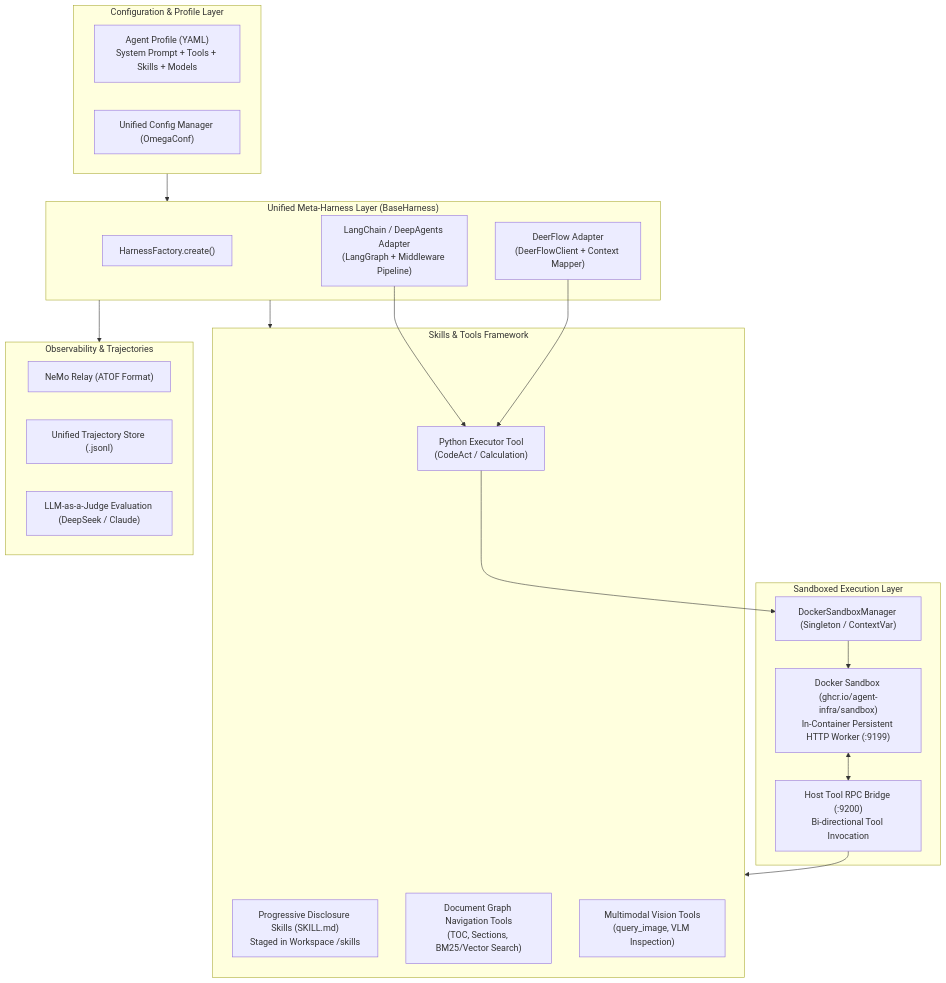
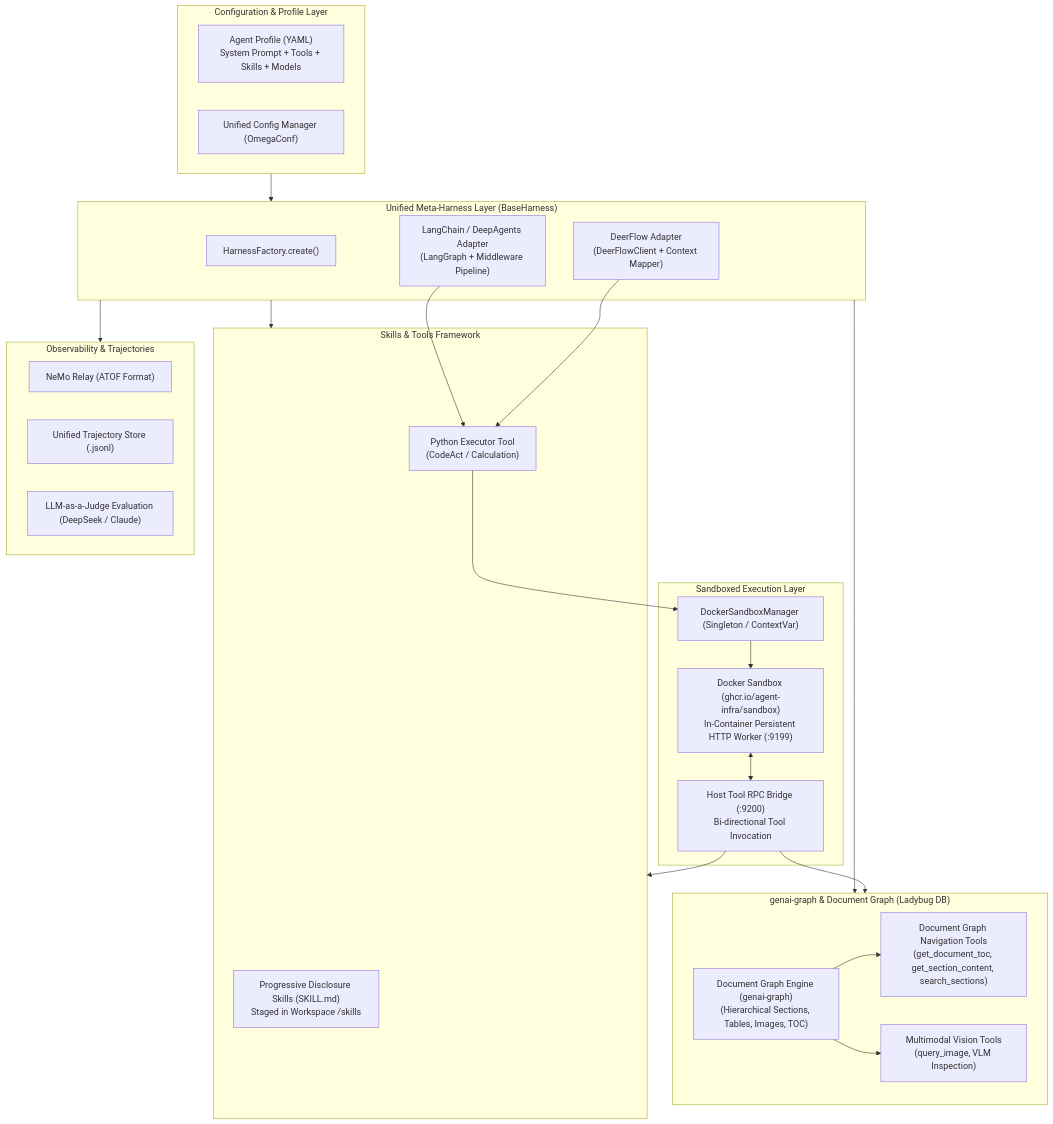
One commit to tclatos/genai-tk changed the first of 4 diagrams in docs/design/deerflow_architecture_and_benchmarks.md. Above: the diagram before and after it, drawn with Mermaid. The commit also changed other lines of this file, not shown here.

Commit message:
docs: enrich report with genai-graph Document Graph vs RAG analysis

````diff
--- a/docs/design/deerflow_architecture_and_benchmarks.md
+++ b/docs/design/deerflow_architecture_and_benchmarks.md
@@ -22,42 +22,50 @@
 ```mermaid
 flowchart TD
     subgraph ConfigLayer["Configuration & Profile Layer"]
         YAML["Agent Profile (YAML)<br/>System Prompt + Tools + Skills + Models"]
         ConfigMngr["Unified Config Manager (OmegaConf)"]
     end
 
     subgraph MetaHarness["Unified Meta-Harness Layer (BaseHarness)"]
         HarnessFactory["HarnessFactory.create()"]
         LangChainAdapter["LangChain / DeepAgents Adapter<br/>(LangGraph + Middleware Pipeline)"]
         DeerFlowAdapter["DeerFlow Adapter<br/>(DeerFlowClient + Context Mapper)"]
     end
 
+    subgraph GenAIGraphLayer["genai-graph & Document Graph (Ladybug DB)"]
+        DocGraph["Document Graph Engine (genai-graph)<br/>(Hierarchical Sections, Tables, Images, TOC)"]
+        DocGraphTools["Document Graph Navigation Tools<br/>(get_document_toc, get_section_content, search_sections)"]
+        VisionTools["Multimodal Vision Tools<br/>(query_image, VLM Inspection)"]
+    end
+
     subgraph SkillsAndTools["Skills & Tools Framework"]
         SkillRegistry["Progressive Disclosure Skills (SKILL.md)<br/>Staged in Workspace /skills"]
-        DocGraphTools["Document Graph Navigation Tools<br/>(TOC, Sections, BM25/Vector Search)"]
-        VisionTools["Multimodal Vision Tools<br/>(query_image, VLM Inspection)"]
         PyTool["Python Executor Tool<br/>(CodeAct / Calculation)"]
     end
 
     subgraph ExecutionLayer["Sandboxed Execution Layer"]
         SandboxMgr["DockerSandboxManager (Singleton / ContextVar)"]
         DockerContainer["Docker Sandbox (ghcr.io/agent-infra/sandbox)<br/>In-Container Persistent HTTP Worker (:9199)"]
         HostBridge["Host Tool RPC Bridge (:9200)<br/>Bi-directional Tool Invocation"]
     end
 
     subgraph ObservabilityLayer["Observability & Trajectories"]
         NeMoRelay["NeMo Relay (ATOF Format)"]
         TraceStore["Unified Trajectory Store (.jsonl)"]
         Judges["LLM-as-a-Judge Evaluation (DeepSeek / Claude)"]
     end
 
     ConfigLayer --> MetaHarness
     MetaHarness --> SkillsAndTools
+    MetaHarness --> GenAIGraphLayer
+    DocGraph --> DocGraphTools
+    DocGraph --> VisionTools
     LangChainAdapter --> PyTool
     DeerFlowAdapter --> PyTool
     PyTool --> SandboxMgr
     SandboxMgr --> DockerContainer
     DockerContainer <--> HostBridge
     HostBridge --> SkillsAndTools
+    HostBridge --> GenAIGraphLayer
     MetaHarness --> ObservabilityLayer
 ```
````
